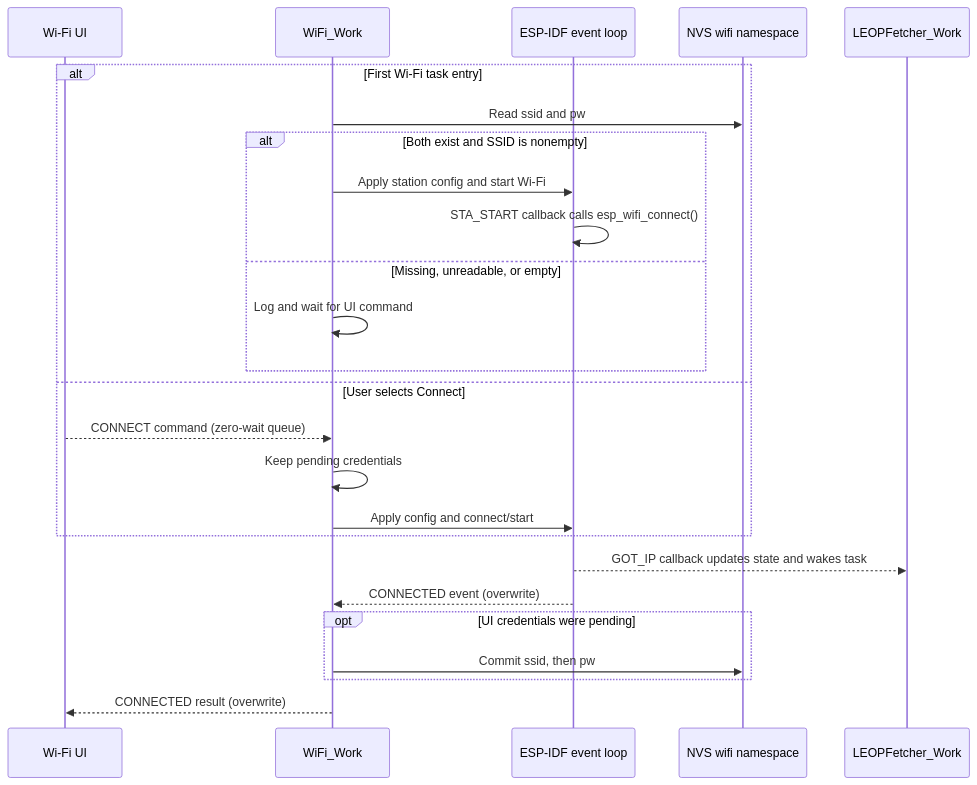
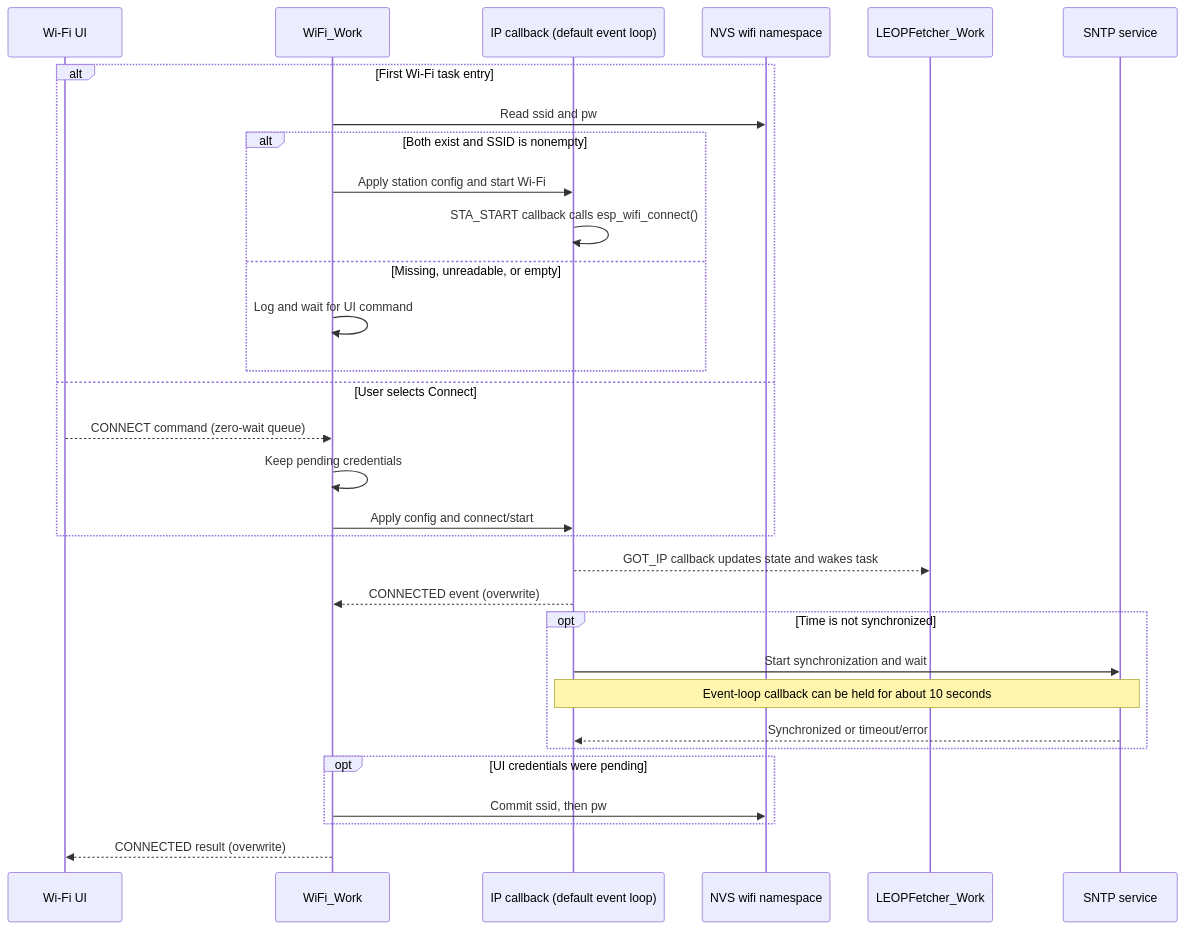
One commit to keseboleliasteliacom/14_LVGL_BTN changed the second of 5 diagrams in docs/connectivity.md. Above: the diagram before and after it, drawn with Mermaid. The commit also changed other lines of this file and 20 other files, not shown here.

````diff
--- a/docs/connectivity.md
+++ b/docs/connectivity.md
@@ -71,28 +71,34 @@
 ```mermaid
 sequenceDiagram
     participant UI as Wi-Fi UI
     participant WT as WiFi_Work
-    participant IDF as ESP-IDF event loop
+    participant IDF as IP callback (default event loop)
     participant NVS as NVS wifi namespace
     participant LEOP as LEOPFetcher_Work
+    participant SNTP as SNTP service
 
     alt First Wi-Fi task entry
         WT->>NVS: Read ssid and pw
         alt Both exist and SSID is nonempty
             WT->>IDF: Apply station config and start Wi-Fi
             IDF->>IDF: STA_START callback calls esp_wifi_connect()
         else Missing, unreadable, or empty
             WT->>WT: Log and wait for UI command
         end
     else User selects Connect
         UI-->>WT: CONNECT command (zero-wait queue)
         WT->>WT: Keep pending credentials
         WT->>IDF: Apply config and connect/start
     end
     IDF-->>LEOP: GOT_IP callback updates state and wakes task
     IDF-->>WT: CONNECTED event (overwrite)
+    opt Time is not synchronized
+        IDF->>SNTP: Start synchronization and wait
+        Note over IDF,SNTP: Event-loop callback can be held for about 10 seconds
+        SNTP-->>IDF: Synchronized or timeout/error
+    end
     opt UI credentials were pending
         WT->>NVS: Commit ssid, then pw
     end
     WT-->>UI: CONNECTED result (overwrite)
 ```
````
